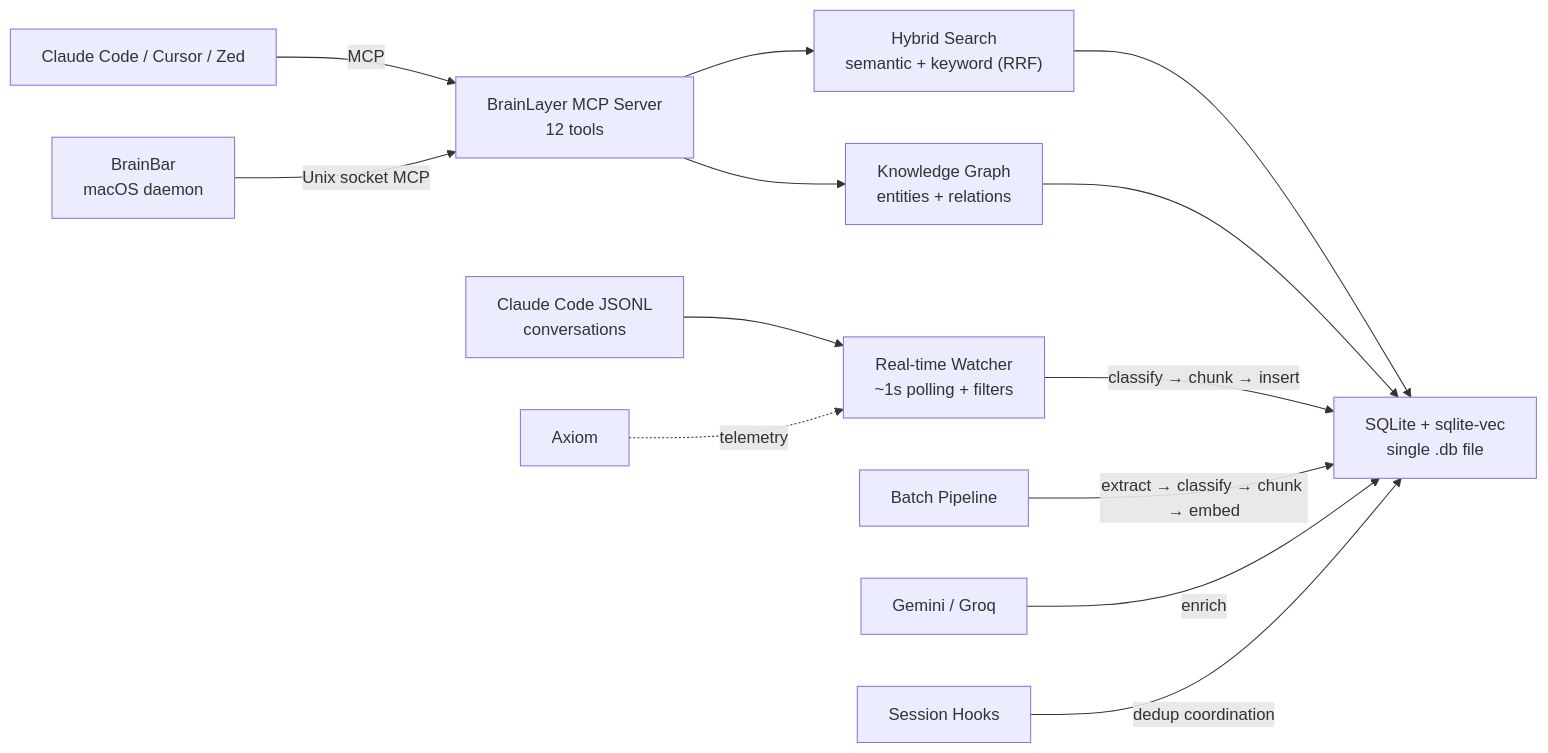
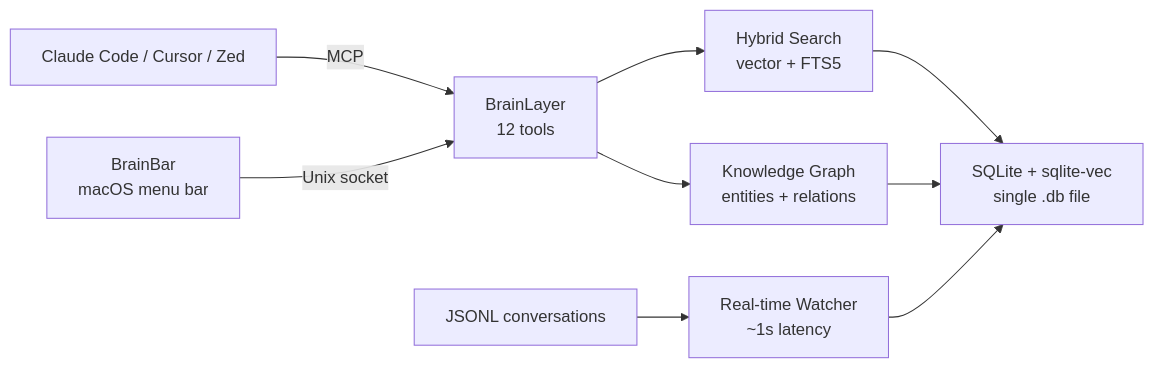
Before and after one commit to EtanHey/brainlayer: the diagram in README.md, drawn with Mermaid. The commit also changed other lines of this file, not shown here.

````diff
--- a/README.md
+++ b/README.md
@@ -95,17 +105,11 @@
 ```mermaid
 graph LR
-    A["Claude Code / Cursor / Zed"] -->|MCP| B["BrainLayer MCP Server<br/>12 tools"]
-    B --> C["Hybrid Search<br/>semantic + keyword (RRF)"]
+    A["Claude Code / Cursor / Zed"] -->|MCP| B["BrainLayer<br/>12 tools"]
+    B --> C["Hybrid Search<br/>vector + FTS5"]
     C --> D["SQLite + sqlite-vec<br/>single .db file"]
     B --> KG["Knowledge Graph<br/>entities + relations"]
     KG --> D
-
-    E["Claude Code JSONL<br/>conversations"] --> W["Real-time Watcher<br/>~1s polling + filters"]
-    W -->|classify → chunk → insert| D
-    F["Batch Pipeline"] -->|extract → classify → chunk → embed| D
-    G["Gemini / Groq"] -->|enrich| D
-
-    H["Session Hooks"] -->|dedup coordination| D
-    I["BrainBar<br/>macOS daemon"] -->|Unix socket MCP| B
-    J["Axiom"] -.->|telemetry| W
+    E["JSONL conversations"] --> W["Real-time Watcher<br/>~1s latency"]
+    W --> D
+    I["BrainBar<br/>macOS menu bar"] -->|Unix socket| B
 ```
````
